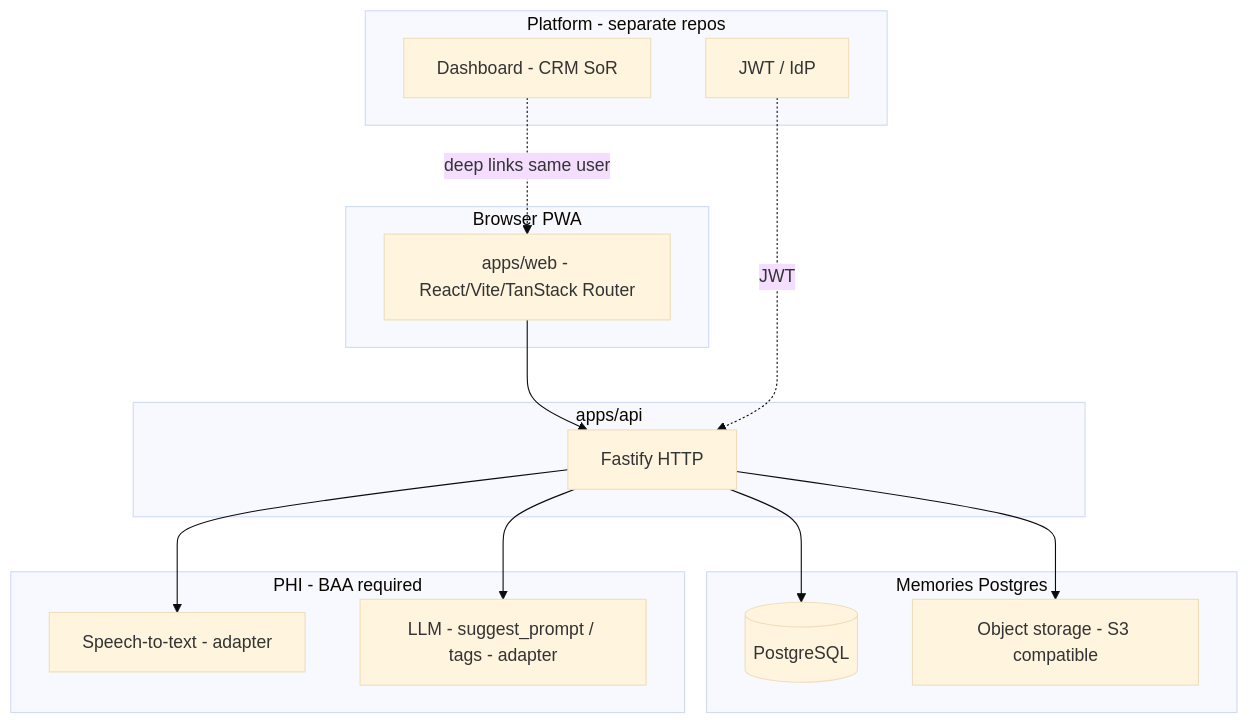
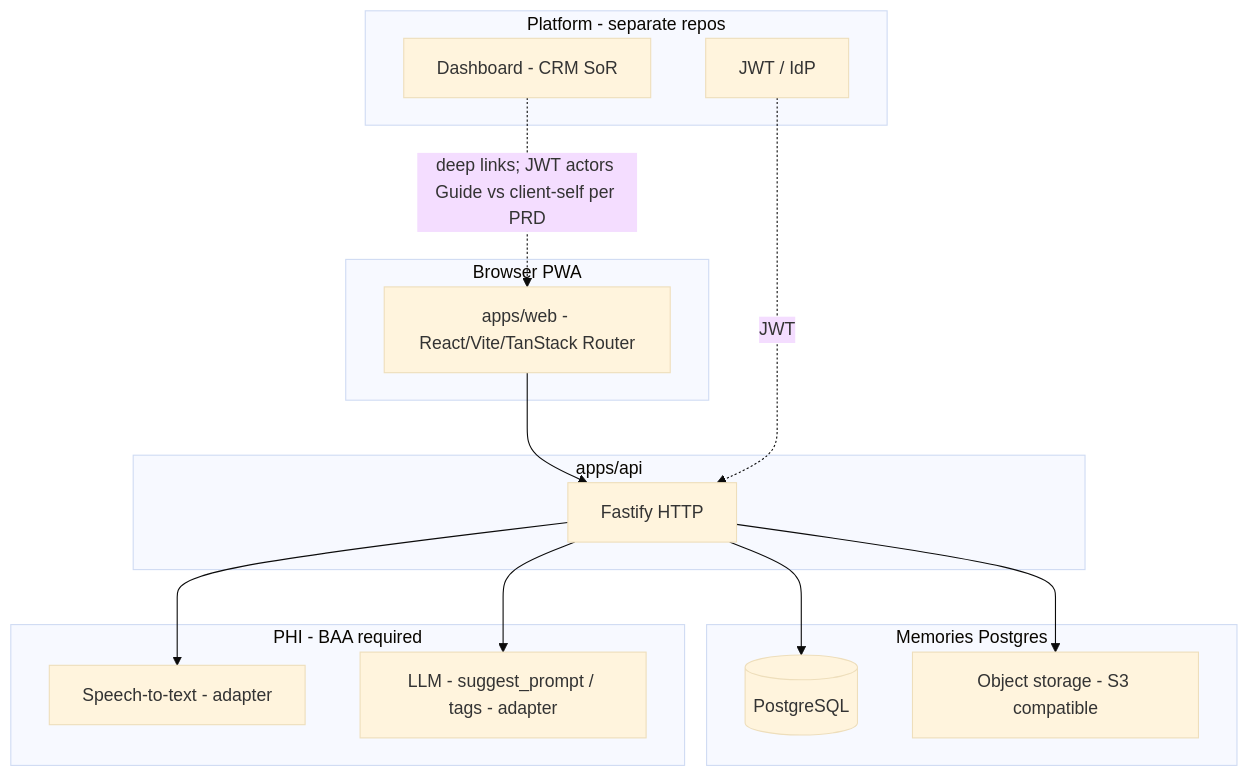
One commit to KenLevy110/Memories changed the diagram in docs/technical-design-v1.md. Above: the diagram before and after it, drawn with Mermaid (base theme). The commit also changed other lines of this file and 14 other files, not shown here.

````diff
--- a/docs/technical-design-v1.md
+++ b/docs/technical-design-v1.md
@@ -30,28 +30,28 @@
 ```mermaid
 flowchart TB
   subgraph clients [Browser PWA]
     Web[apps/web - React/Vite/TanStack Router]
   end
   subgraph backend [apps/api]
     API[Fastify HTTP]
   end
   subgraph data [Memories Postgres]
     DB[(PostgreSQL)]
     Obj[Object storage - S3 compatible]
   end
   subgraph vendors [PHI - BAA required]
     STT[Speech-to-text - adapter]
     AI[LLM - suggest_prompt / tags - adapter]
   end
   subgraph platform [Platform - separate repos]
     IdP[JWT / IdP]
     Dash[Dashboard - CRM SoR]
   end
   Web --> API
   API --> DB
   API --> Obj
   API --> STT
   API --> AI
   IdP -.->|JWT| API
-  Dash -.->|deep links same user| Web
+  Dash -.->|deep links; JWT actors Guide vs client-self per PRD| Web
 ```
````
